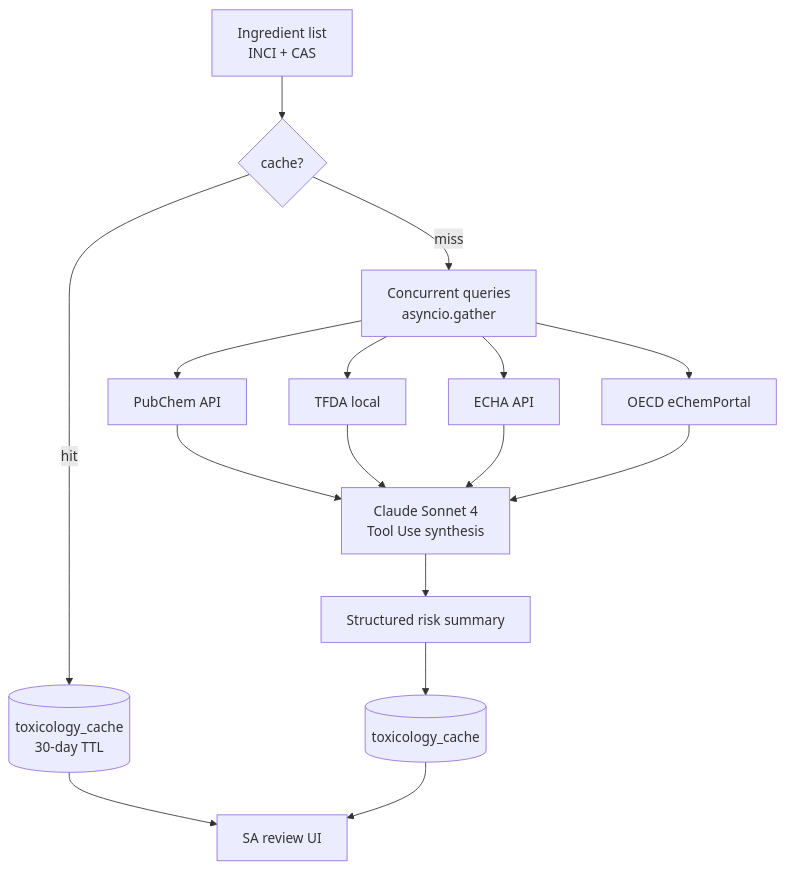
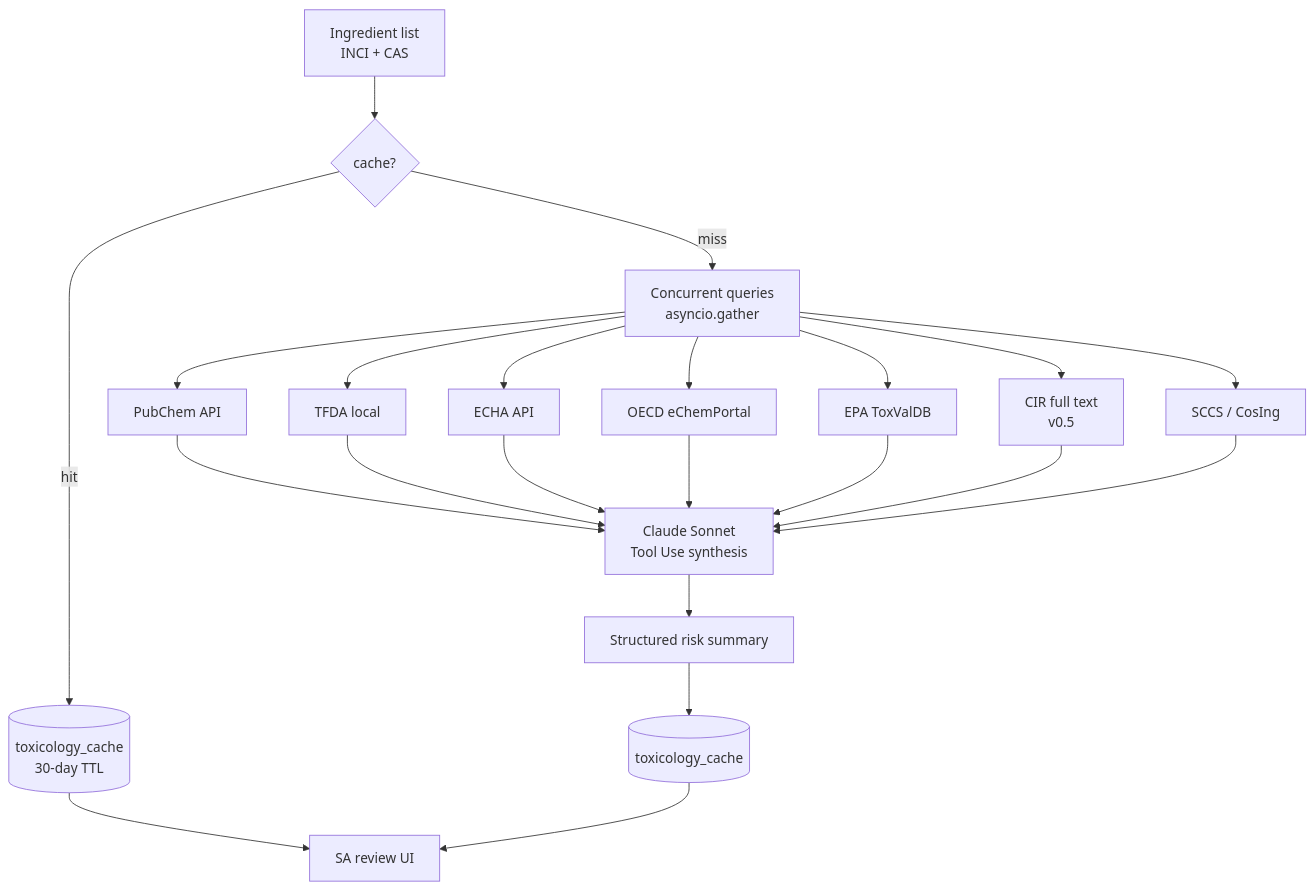
The diagram in en/ch09-toxicology-pipeline.md (baiyuan-tech/pif-whitepaper), drawn with Mermaid before and after one commit. The commit also changed other lines of this file and 13 other files, not shown here.

````diff
--- a/en/ch09-toxicology-pipeline.md
+++ b/en/ch09-toxicology-pipeline.md
@@ -85,28 +127,37 @@
 ```mermaid
 flowchart TB
     IN["Ingredient list<br/>INCI + CAS"]
     Q{cache?}
     CACHE[(toxicology_cache<br/>30-day TTL)]
     PAR[Concurrent queries<br/>asyncio.gather]
     PC[PubChem API]
     TF[TFDA local]
     EC[ECHA API]
     OE[OECD eChemPortal]
-    AI[Claude Sonnet 4<br/>Tool Use synthesis]
+    EP[EPA ToxValDB]
+    CR[CIR full text<br/>v0.5]
+    SC[SCCS / CosIng]
+    AI[Claude Sonnet<br/>Tool Use synthesis]
     SUM[Structured risk summary]
     DB[(toxicology_cache)]
     UI[SA review UI]
 
     IN --> Q
     Q -- hit --> CACHE --> UI
     Q -- miss --> PAR
     PAR --> PC
     PAR --> TF
     PAR --> EC
     PAR --> OE
+    PAR --> EP
+    PAR --> CR
+    PAR --> SC
     PC --> AI
     TF --> AI
     EC --> AI
     OE --> AI
+    EP --> AI
+    CR --> AI
+    SC --> AI
     AI --> SUM --> DB --> UI
 ```
````
